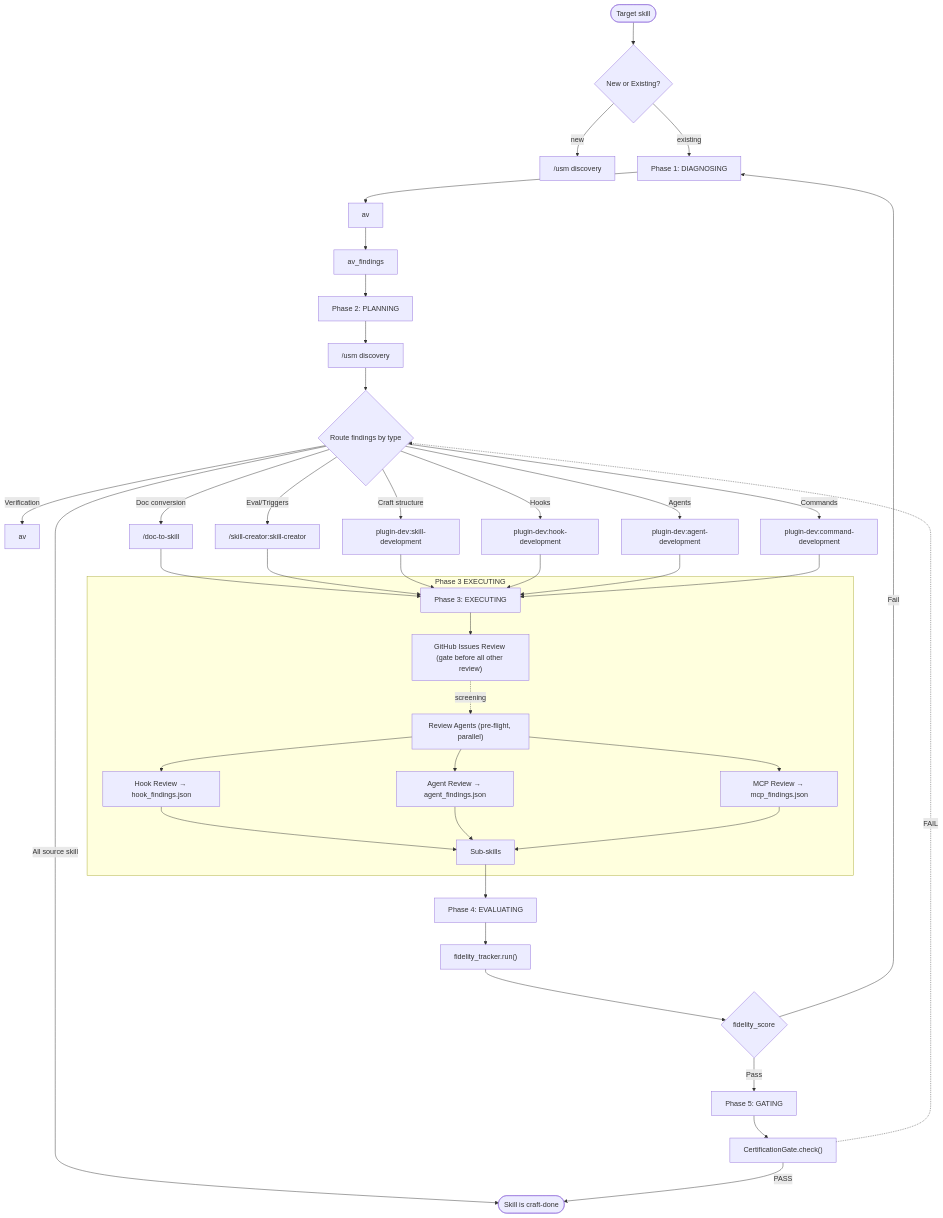
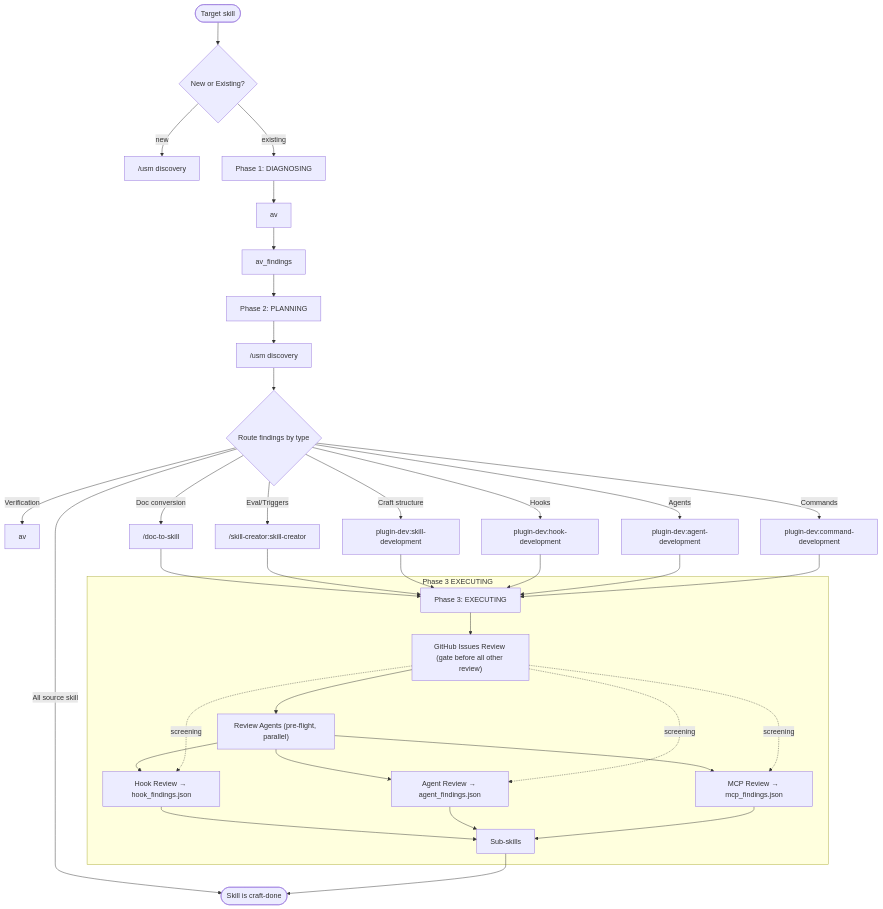
Before and after one commit to EndUser123/cc-skills-meta: the diagram in skills/skill-craft/SKILL.md, drawn with Mermaid. The commit also changed other lines of this file and 9 other files, not shown here.

````diff
--- a/skills/skill-craft/SKILL.md
+++ b/skills/skill-craft/SKILL.md
@@ -76,52 +127,47 @@
 ```mermaid
 flowchart TD
     Start(["Target skill"]) --> NewOrExisting{"New or Existing?"}
     NewOrExisting -->|new| USM["/usm discovery"]
     NewOrExisting -->|existing| P1["Phase 1: DIAGNOSING"]
     P1 --> AVRun["av"]
 
     AVRun --> AF["av_findings"]
 
     AF --> P2["Phase 2: PLANNING"]
 
     P2 --> USM2["/usm discovery"]
     USM2 --> Route{"Route findings by type"}
     Route -->|Verification| AVRoute["av"]
     Route -->|Doc conversion| DocRun["/doc-to-skill"]
     Route -->|Eval/Triggers| CreatorRun["/skill-creator:skill-creator"]
     Route -->|Craft structure| DevRun["plugin-dev:skill-development"]
     Route -->|Hooks| HookDev["plugin-dev:hook-development"]
     Route -->|Agents| AgentDev["plugin-dev:agent-development"]
     Route -->|Commands| CmdDev["plugin-dev:command-development"]
     Route -->|All source skill| Done
 
     DocRun --> P3["Phase 3: EXECUTING"]
     CreatorRun --> P3
     DevRun --> P3
     HookDev --> P3
     AgentDev --> P3
     CmdDev --> P3
 
     subgraph P3_EXECUTING ["Phase 3 EXECUTING"]
         P3 --> GHR["GitHub Issues Review (gate before all other review)"]
-        GHR -.screening.-> RA["Review Agents (pre-flight, parallel)"]
+        GHR --> RA["Review Agents (pre-flight, parallel)"]
         RA --> HRA["Hook Review → hook_findings.json"]
         RA --> AGA["Agent Review → agent_findings.json"]
         RA --> MCPA["MCP Review → mcp_findings.json"]
+        GHR -.screening.-> HRA
+        GHR -.screening.-> AGA
+        GHR -.screening.-> MCPA
         HRA --> Subs["Sub-skills"]
         AGA --> Subs
         MCPA --> Subs
     end
 
-    Subs --> P4["Phase 4: EVALUATING"]
-    P4 --> Fidelity["fidelity_tracker.run()"]
-    Fidelity --> FS{"fidelity_score"}
-    FS -->|Pass| P5["Phase 5: GATING"]
-    FS -->|Fail| P1
-
-    P5 --> CertGate["CertificationGate.check()"]
-    CertGate -->|PASS| Done
-    CertGate -.->|FAIL| Route
+    Subs --> Done
 
     Done(["Skill is craft-done"])
 ```
````
